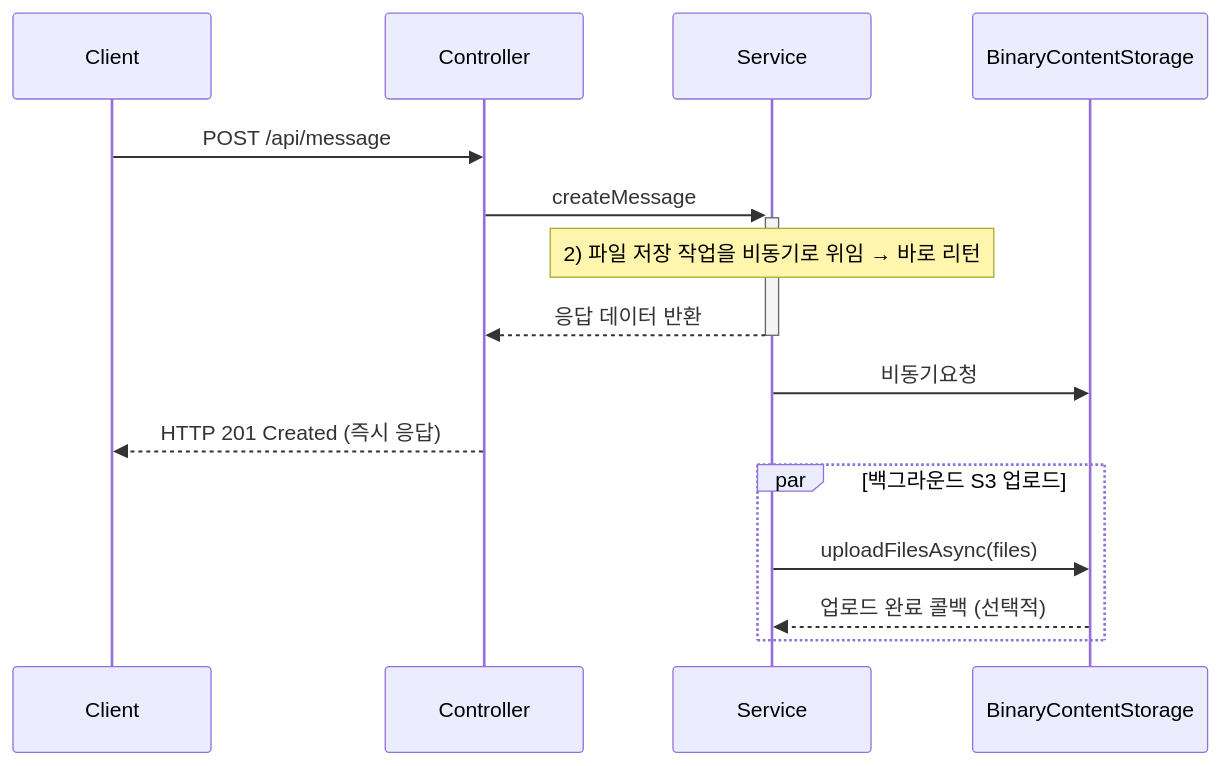
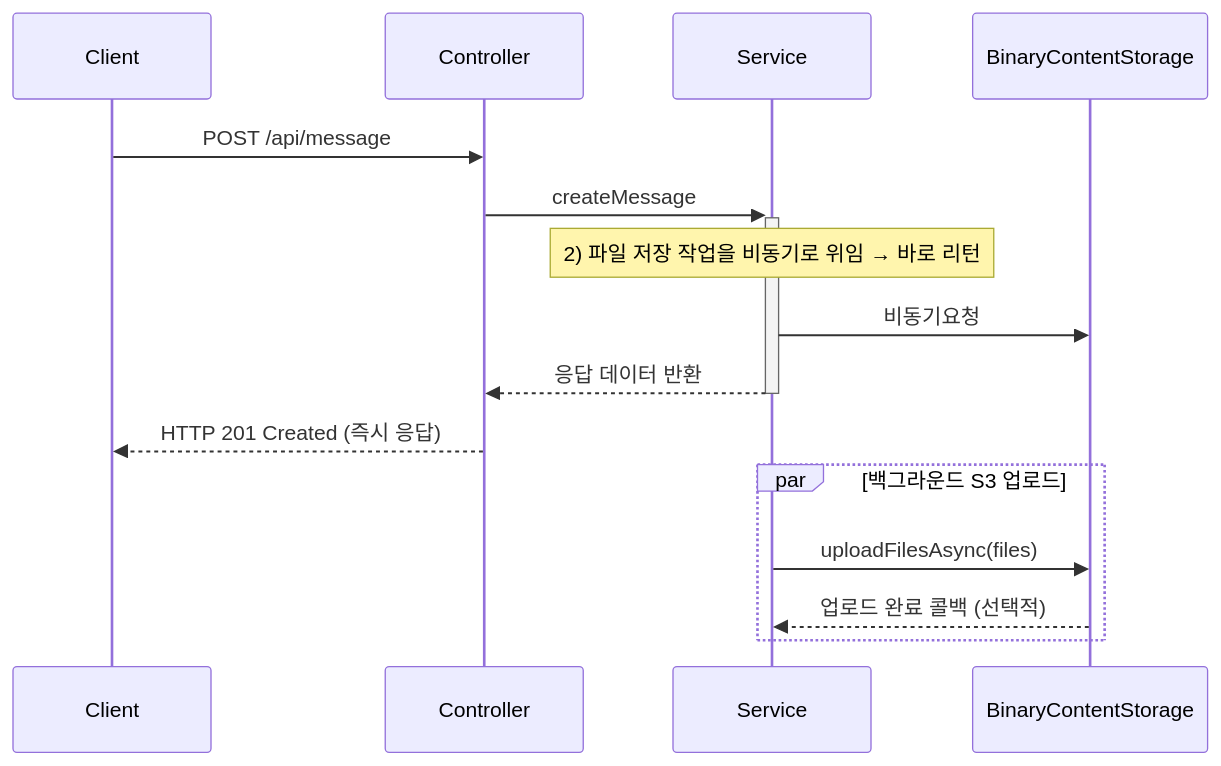
One commit to codeit-bootcamp-spring/1-sprint-mission changed the first of 2 diagrams in README.md. Above: the diagram before and after it, drawn with Mermaid. The commit also changed other lines of this file, not shown here.

Commit message:
docs: update sequence diagram to reflect response flow in asynchronous file upload

````diff
--- a/README.md
+++ b/README.md
@@ -41,18 +41,18 @@
 ```mermaid
 sequenceDiagram
 participant Client
     Client->>Controller: POST /api/message 
     Controller->>+Service: createMessage
 
     Note over Service: 2) 파일 저장 작업을 비동기로 위임 → 바로 리턴
 
+    Service->>BinaryContentStorage: 비동기요청
     Service-->>-Controller: 응답 데이터 반환
-    Service->>BinaryContentStorage: 비동기요청
     Controller-->>Client: HTTP 201 Created (즉시 응답)
 
     par 백그라운드 S3 업로드
         Service->>BinaryContentStorage: uploadFilesAsync(files)
         BinaryContentStorage-->>Service: 업로드 완료 콜백 (선택적)
     end
 
 ```
````
